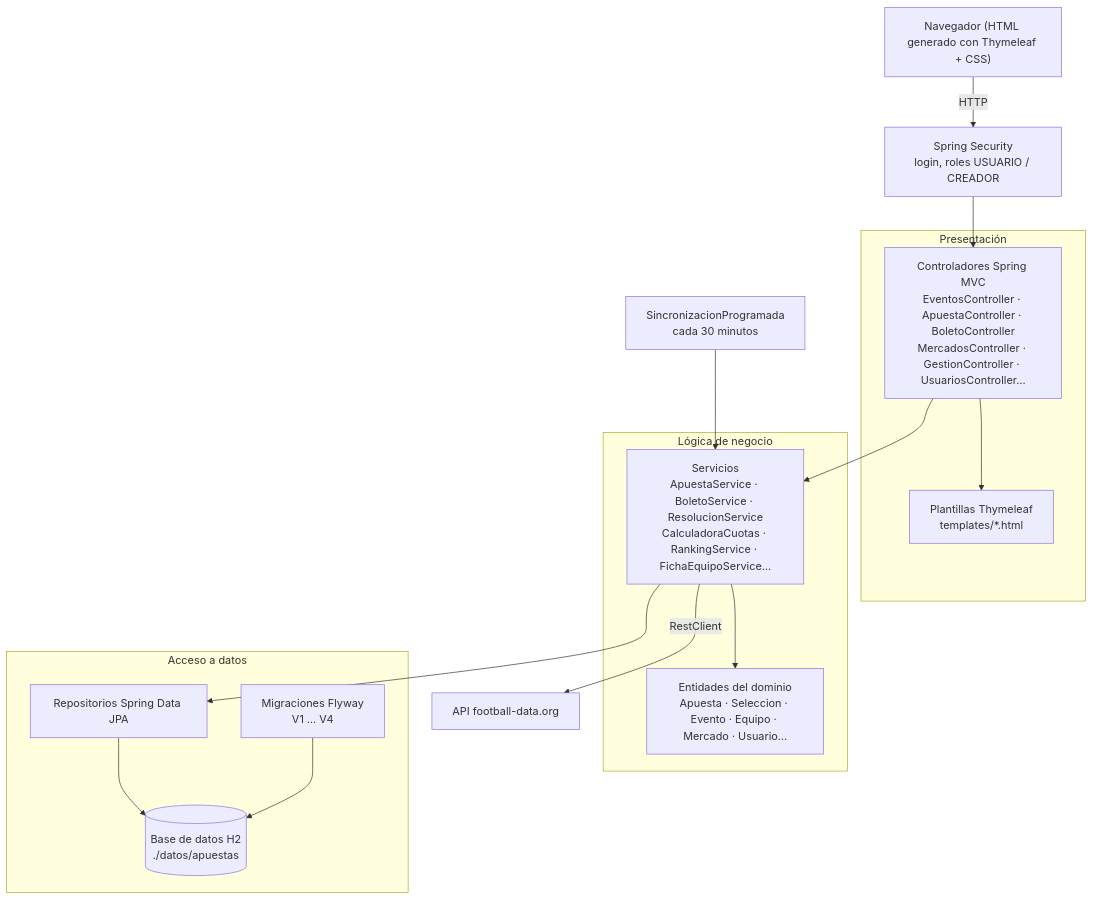
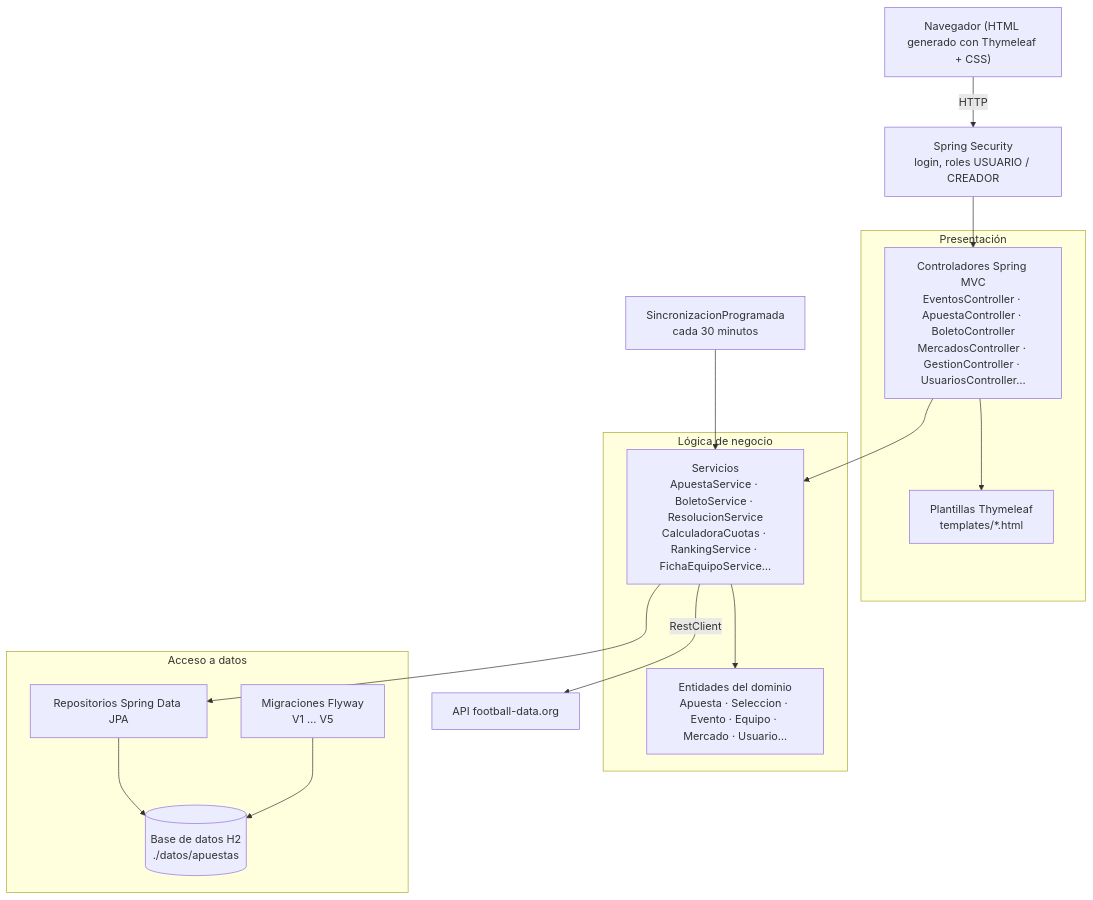
Before and after one commit to riverri/IS1: the second of 9 diagrams in docs/diseno/uml.md, drawn with Mermaid. The commit also changed other lines of this file and 34 other files, not shown here.

````diff
--- a/docs/diseno/uml.md
+++ b/docs/diseno/uml.md
@@ -56,33 +58,33 @@
 ```mermaid
 flowchart TB
     navegador["Navegador (HTML generado con Thymeleaf + CSS)"]
 
     subgraph presentacion [Presentación]
         controladores["Controladores Spring MVC<br/>EventosController · ApuestaController · BoletoController<br/>MercadosController · GestionController · UsuariosController…"]
         plantillas["Plantillas Thymeleaf<br/>templates/*.html"]
     end
 
     subgraph negocio [Lógica de negocio]
         servicios["Servicios<br/>ApuestaService · BoletoService · ResolucionService<br/>CalculadoraCuotas · RankingService · FichaEquipoService…"]
         dominio["Entidades del dominio<br/>Apuesta · Seleccion · Evento · Equipo · Mercado · Usuario…"]
     end
 
     subgraph datos [Acceso a datos]
         repositorios["Repositorios Spring Data JPA"]
-        flyway["Migraciones Flyway<br/>V1 … V4"]
+        flyway["Migraciones Flyway<br/>V1 … V5"]
         h2[("Base de datos H2<br/>./datos/apuestas")]
     end
 
     seguridad["Spring Security<br/>login, roles USUARIO / CREADOR"]
     api["API football-data.org"]
     programada["SincronizacionProgramada<br/>cada 30 minutos"]
 
     navegador -->|HTTP| seguridad --> controladores
     controladores --> plantillas
     controladores --> servicios
     servicios --> dominio
     servicios --> repositorios --> h2
     flyway --> h2
     programada --> servicios
     servicios -->|RestClient| api
 ```
````
